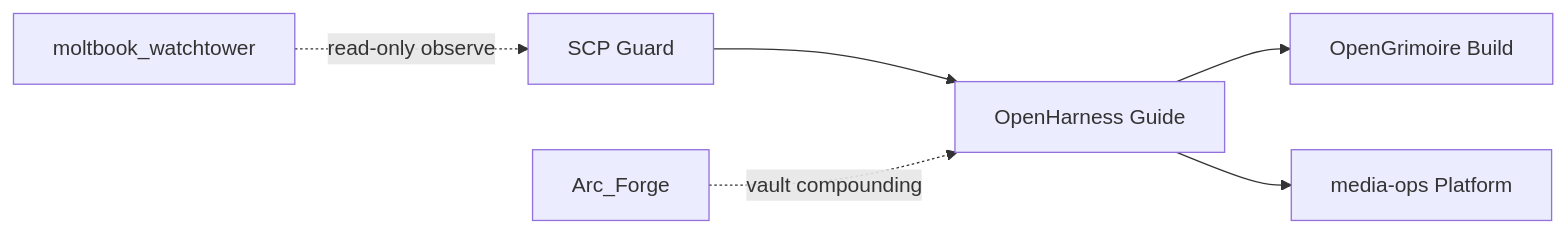
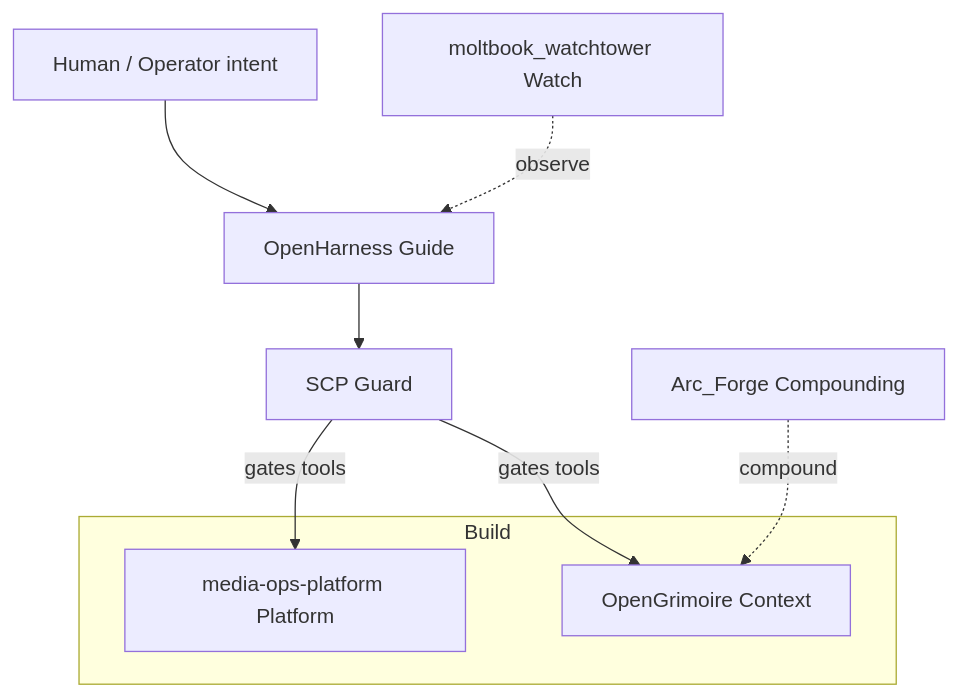
One commit to ManintheCrowds/ManintheCrowds changed the diagram in README.md. Above: the diagram before and after it, drawn with Mermaid. The commit also changed other lines of this file, not shown here.

Commit message:
docs(profile): fix proof-set Mermaid flow (PF-PR-2)

````diff
--- a/README.md
+++ b/README.md
@@ -13,8 +13,20 @@
 ```mermaid
-flowchart LR
-  SCP[SCP Guard] --> OH[OpenHarness Guide]
-  OH --> OG[OpenGrimoire Build]
-  OH --> MOP[media-ops Platform]
-  WT[moltbook_watchtower] -.->|read-only observe| SCP
-  AF[Arc_Forge] -.->|vault compounding| OH
+flowchart TB
+  Intent[Human / Operator intent]
+  OH[OpenHarness Guide]
+  SCP[SCP Guard]
+  WT[moltbook_watchtower Watch]
+  AF[Arc_Forge Compounding]
+
+  subgraph build [Build]
+    MOP[media-ops-platform Platform]
+    OG[OpenGrimoire Context]
+  end
+
+  Intent --> OH
+  OH --> SCP
+  SCP -->|gates tools| MOP
+  SCP -->|gates tools| OG
+  WT -.->|observe| OH
+  AF -.->|compound| OG
 ```
````
